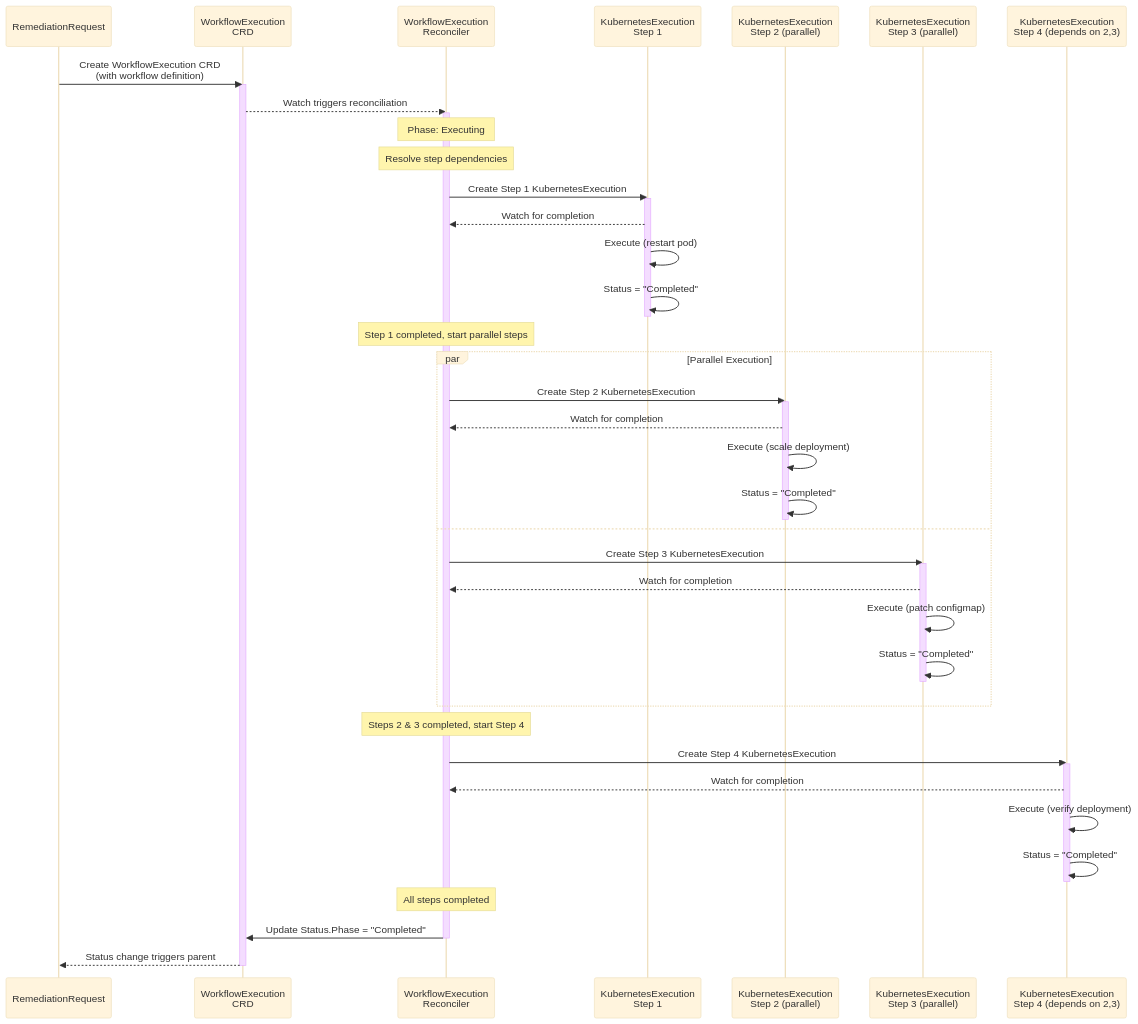
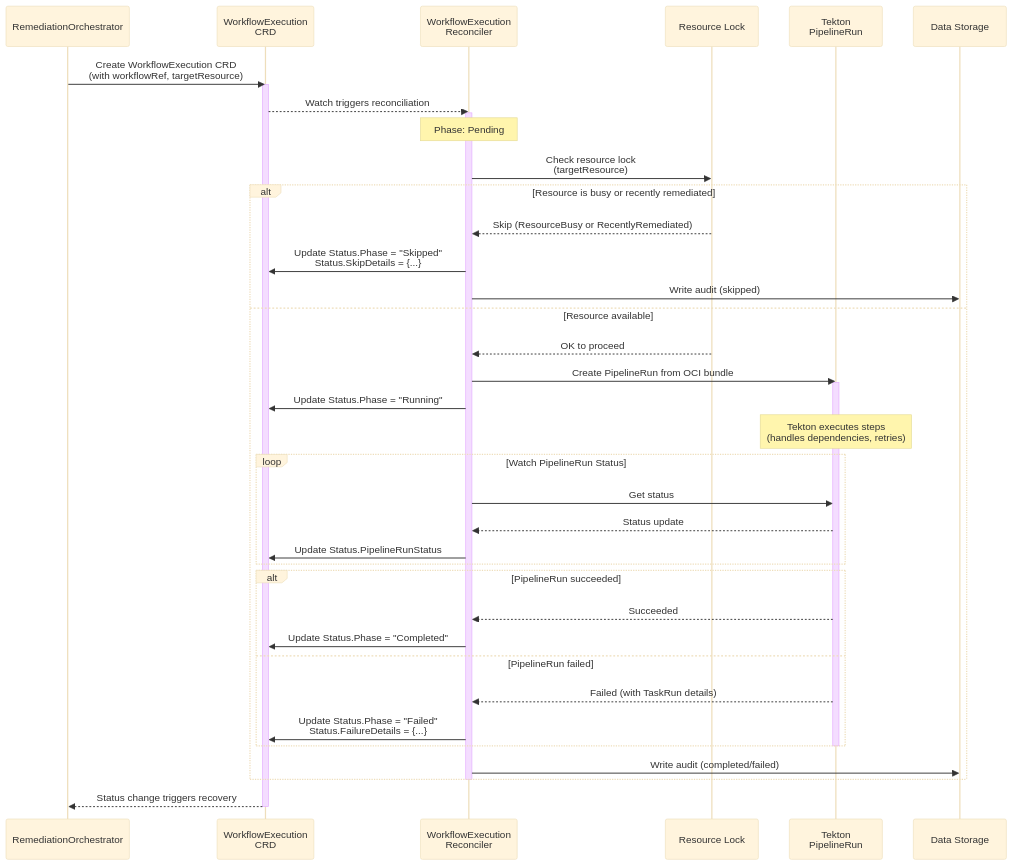
One commit to jordigilh/kubernaut changed the second of 3 diagrams in docs/services/crd-controllers/03-workflowexecution/overview.md. Above: the diagram before and after it, drawn with Mermaid (base theme). The commit also changed other lines of this file and 16 other files, not shown here.

First line of the commit message:
docs(workflowexecution): update for Tekton architecture and single-workflow model

````diff
--- a/docs/services/crd-controllers/03-workflowexecution/overview.md
+++ b/docs/services/crd-controllers/03-workflowexecution/overview.md
@@ -142,58 +126,52 @@
 ```mermaid
 sequenceDiagram
-    participant AR as RemediationRequest
+    participant RO as RemediationOrchestrator
     participant WE as WorkflowExecution<br/>CRD
     participant Ctrl as WorkflowExecution<br/>Reconciler
-    participant KE1 as KubernetesExecution<br/>Step 1
-    participant KE2 as KubernetesExecution<br/>Step 2 (parallel)
-    participant KE3 as KubernetesExecution<br/>Step 3 (parallel)
-    participant KE4 as KubernetesExecution<br/>Step 4 (depends on 2,3)
+    participant Lock as Resource Lock
+    participant PR as Tekton<br/>PipelineRun
+    participant DB as Data Storage
 
-    AR->>WE: Create WorkflowExecution CRD<br/>(with workflow definition)
+    RO->>WE: Create WorkflowExecution CRD<br/>(with workflowRef, targetResource)
     activate WE
     WE-->>Ctrl: Watch triggers reconciliation
     activate Ctrl
 
-    Note over Ctrl: Phase: Executing
-    Note over Ctrl: Resolve step dependencies
+    Note over Ctrl: Phase: Pending
 
-    Ctrl->>KE1: Create Step 1 KubernetesExecution
-    activate KE1
-    KE1-->>Ctrl: Watch for completion
-    KE1->>KE1: Execute (restart pod)
-    KE1->>KE1: Status = "Completed"
-    deactivate KE1
+    Ctrl->>Lock: Check resource lock<br/>(targetResource)
 
-    Note over Ctrl: Step 1 completed, start parallel steps
+    alt Resource is busy or recently remediated
+        Lock-->>Ctrl: Skip (ResourceBusy or RecentlyRemediated)
+        Ctrl->>WE: Update Status.Phase = "Skipped"<br/>Status.SkipDetails = {...}
+        Ctrl->>DB: Write audit (skipped)
+    else Resource available
+        Lock-->>Ctrl: OK to proceed
+        Ctrl->>PR: Create PipelineRun from OCI bundle
+        activate PR
+        Ctrl->>WE: Update Status.Phase = "Running"
 
-    par Parallel Execution
-        Ctrl->>KE2: Create Step 2 KubernetesExecution
-        activate KE2
-        KE2-->>Ctrl: Watch for completion
-        KE2->>KE2: Execute (scale deployment)
-        KE2->>KE2: Status = "Completed"
-        deactivate KE2
-    and
-        Ctrl->>KE3: Create Step 3 KubernetesExecution
-        activate KE3
-        KE3-->>Ctrl: Watch for completion
-        KE3->>KE3: Execute (patch configmap)
-        KE3->>KE3: Status = "Completed"
-        deactivate KE3
+        Note over PR: Tekton executes steps<br/>(handles dependencies, retries)
+
+        loop Watch PipelineRun Status
+            Ctrl->>PR: Get status
+            PR-->>Ctrl: Status update
+            Ctrl->>WE: Update Status.PipelineRunStatus
+        end
+
+        alt PipelineRun succeeded
+            PR-->>Ctrl: Succeeded
+            Ctrl->>WE: Update Status.Phase = "Completed"
+        else PipelineRun failed
+            PR-->>Ctrl: Failed (with TaskRun details)
+            Ctrl->>WE: Update Status.Phase = "Failed"<br/>Status.FailureDetails = {...}
+        end
+        deactivate PR
+
+        Ctrl->>DB: Write audit (completed/failed)
     end
 
-    Note over Ctrl: Steps 2 & 3 completed, start Step 4
-
-    Ctrl->>KE4: Create Step 4 KubernetesExecution
-    activate KE4
-    KE4-->>Ctrl: Watch for completion
-    KE4->>KE4: Execute (verify deployment)
-    KE4->>KE4: Status = "Completed"
-    deactivate KE4
-
-    Note over Ctrl: All steps completed
-    Ctrl->>WE: Update Status.Phase = "Completed"
     deactivate Ctrl
-    WE-->>AR: Status change triggers parent
+    WE-->>RO: Status change triggers recovery
     deactivate WE
 ```
````
